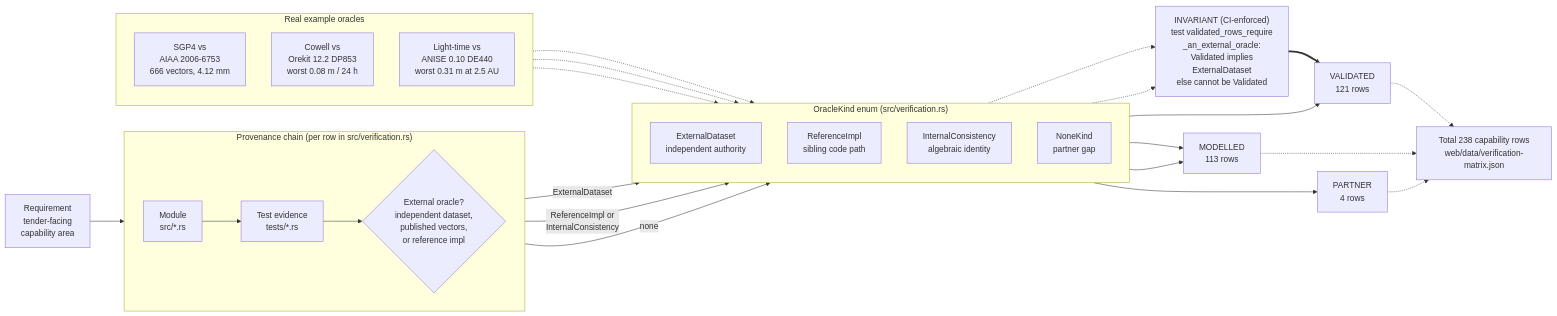
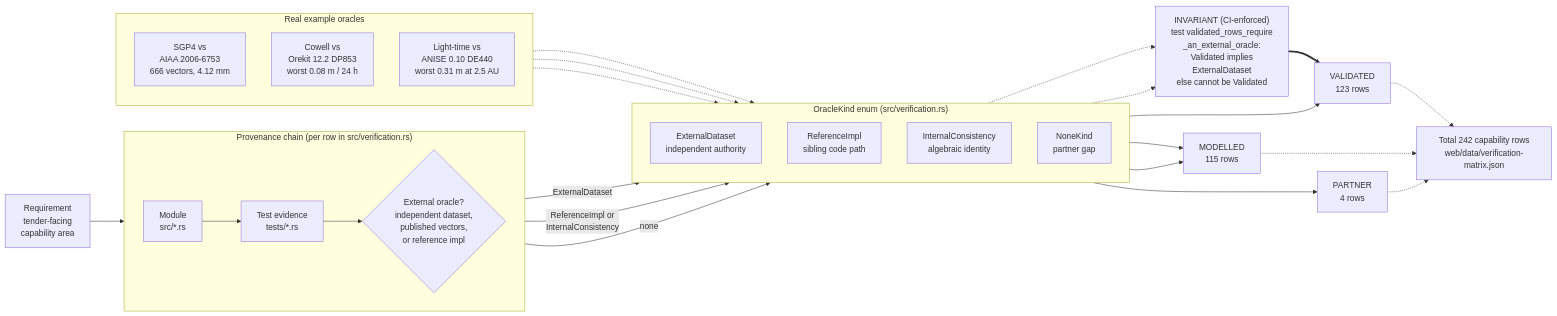
The diagram in docs/diagrams/validation-provenance.mmd (ashfordeOU/kshana), drawn with Mermaid before and after one commit. The commit also changed 31 other files, not shown here.

```diff
--- a/docs/diagrams/validation-provenance.mmd
+++ b/docs/diagrams/validation-provenance.mmd
@@ -1,49 +1,49 @@
 flowchart LR
     REQ["Requirement<br/>tender-facing<br/>capability area"]
 
     subgraph CHAIN["Provenance chain (per row in src/verification.rs)"]
         direction LR
         MOD["Module<br/>src/*.rs"]
         TST["Test evidence<br/>tests/*.rs"]
         ORA{"External oracle?<br/>independent dataset,<br/>published vectors,<br/>or reference impl"}
     end
 
     REQ --> MOD --> TST --> ORA
 
     subgraph KINDS["OracleKind enum (src/verification.rs)"]
         direction TD
         EXT["ExternalDataset<br/>independent authority"]
         REF["ReferenceImpl<br/>sibling code path"]
         INT["InternalConsistency<br/>algebraic identity"]
         NON["NoneKind<br/>partner gap"]
     end
 
     ORA -->|ExternalDataset| EXT
     ORA -->|"ReferenceImpl or<br/>InternalConsistency"| INT
     ORA -->|none| NON
 
     GUARD["INVARIANT (CI-enforced)<br/>test validated_rows_require<br/>_an_external_oracle:<br/>Validated implies<br/>ExternalDataset<br/>else cannot be Validated"]
     EXT -.-> GUARD
     INT -.-> GUARD
 
-    EXT --> VAL["VALIDATED<br/>121 rows"]
-    REF --> MDL["MODELLED<br/>113 rows"]
+    EXT --> VAL["VALIDATED<br/>123 rows"]
+    REF --> MDL["MODELLED<br/>115 rows"]
     INT --> MDL
     NON --> PRT["PARTNER<br/>4 rows"]
     GUARD ==> VAL
 
     subgraph EX["Real example oracles"]
         direction TD
         E1["SGP4 vs<br/>AIAA 2006-6753<br/>666 vectors, 4.12 mm"]
         E2["Cowell vs<br/>Orekit 12.2 DP853<br/>worst 0.08 m / 24 h"]
         E3["Light-time vs<br/>ANISE 0.10 DE440<br/>worst 0.31 m at 2.5 AU"]
     end
 
     E1 -.-> EXT
     E2 -.-> EXT
     E3 -.-> EXT
 
-    TOTAL["Total 238 capability rows<br/>web/data/verification-matrix.json"]
+    TOTAL["Total 242 capability rows<br/>web/data/verification-matrix.json"]
     VAL -.-> TOTAL
     MDL -.-> TOTAL
     PRT -.-> TOTAL
```
